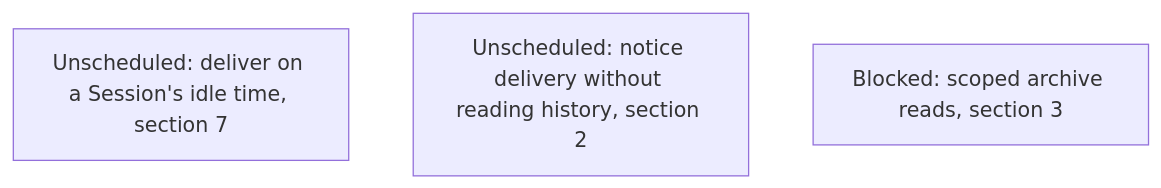
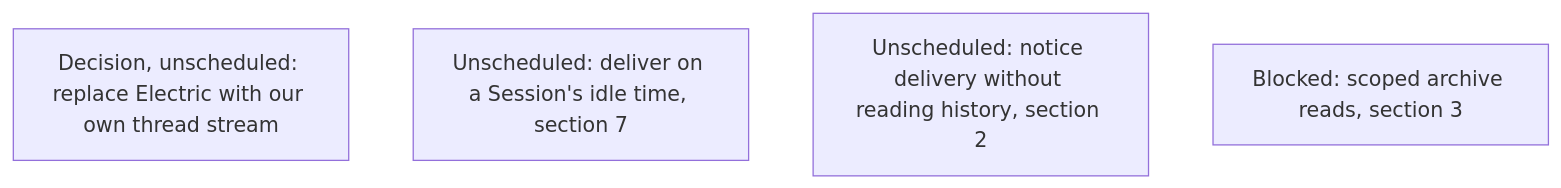
Diagram 12 of 18 in agentplane/plans/task_dag.md (agentydragon/ducktape), drawn with Mermaid before and after one commit. The commit also changed other lines of this file, not shown here.

First line of the commit message:
agentplane/plans: Electric replacement node, sampler prefix provider rules

````diff
--- a/agentplane/plans/task_dag.md
+++ b/agentplane/plans/task_dag.md
@@ -2211,6 +2211,7 @@
 ```mermaid
 flowchart TD
+    THREAD_SYNC_WITHOUT_ELECTRIC[Decision, unscheduled: replace Electric with our own thread stream]
     SESSION_ACTIVITY_STREAM[Unscheduled: deliver on a Session's idle time, section 7]
     NOTIFICATION_COMMAND_OUTCOME_DESIGN[Unscheduled: notice delivery without reading history, section 2]
     THREAD_READ_POLICY[Blocked: scoped archive reads, section 3]
 ```
````
